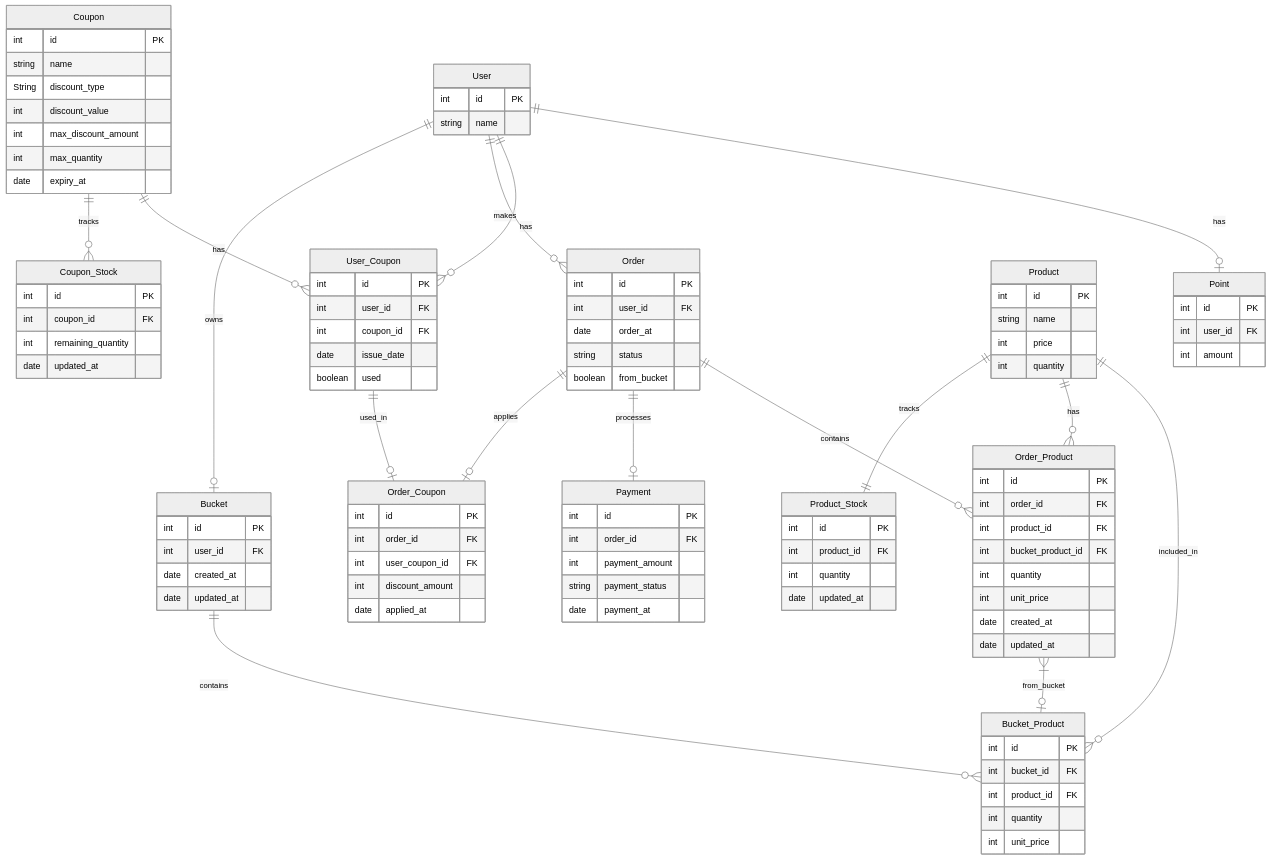
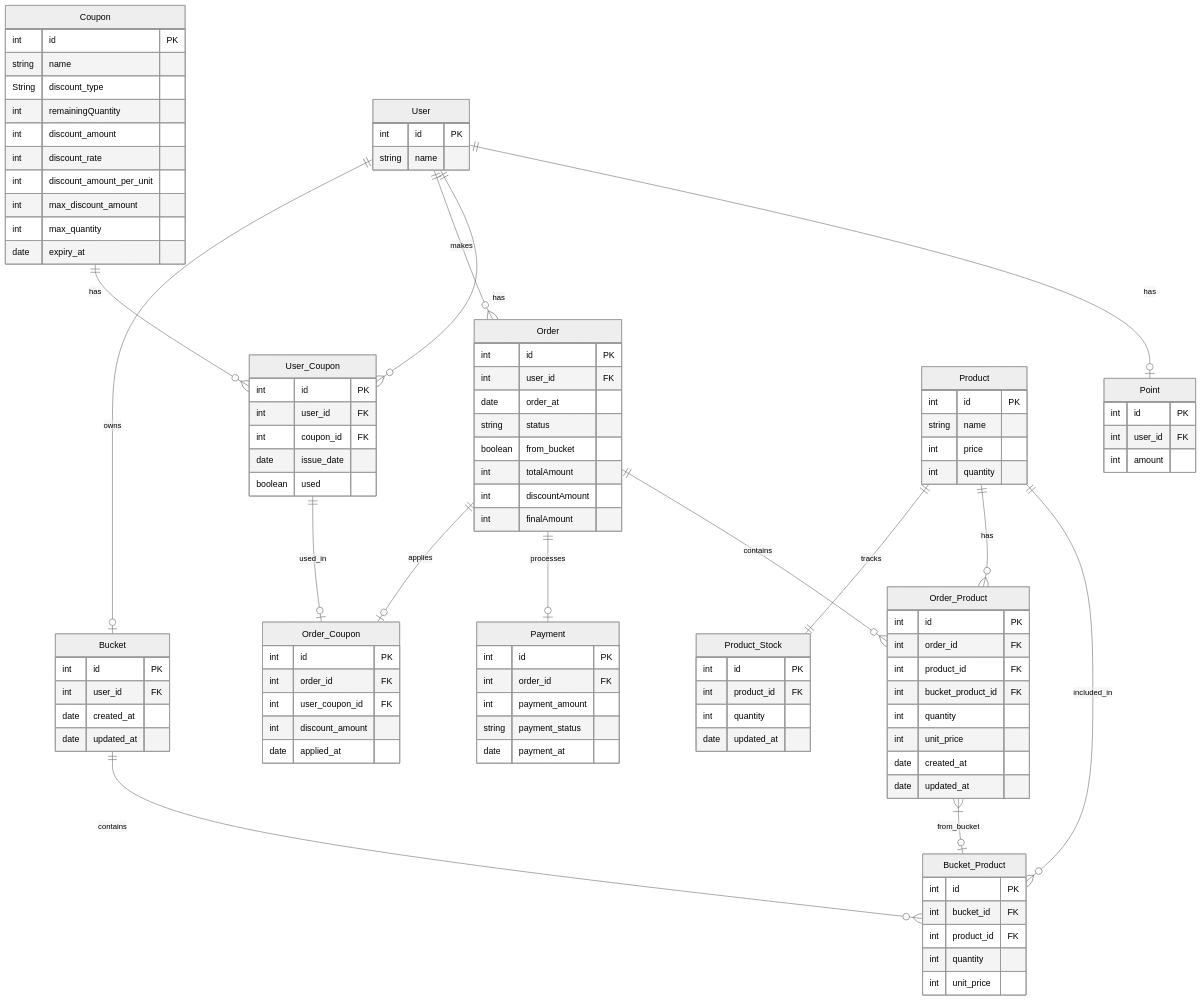
The diagram in docs/erd/ecommerce_erd.mmd (Scope0204/e-commerce), drawn with Mermaid (neutral theme) before and after one commit. The commit also changed 1 other file, not shown here.

Commit message:
docs: Coupon 관련 ERD, Sequence Chart 수정
- Coupon Type에 따른 컬럼 세분화. 재고 관리를 Coupon 테이블에서 실시.
- CouponStock 테이블 제거

```diff
--- a/docs/erd/ecommerce_erd.mmd
+++ b/docs/erd/ecommerce_erd.mmd
@@ -1,104 +1,103 @@
 erDiagram
     User ||--o| Point : has
     User ||--o{ User_Coupon : has
     User ||--o{ Order : makes
     User ||--o| Bucket : owns
     Bucket ||--o{ Bucket_Product : contains
     Coupon ||--o{ User_Coupon : has
-    Coupon ||--o{ Coupon_Stock : tracks
     Product ||--o{ Bucket_Product : included_in
     Product ||--o{ Order_Product : has
     Product ||--|| Product_Stock : tracks
     Order ||--o{ Order_Product : contains
     Order ||--|o Payment : processes
     Order_Product }|--o| Bucket_Product : from_bucket
     Order ||--o| Order_Coupon : applies
     User_Coupon ||--o| Order_Coupon : used_in
 
     User {
         int id PK
         string name
     }
     Point {
         int id PK
         int user_id FK
         int amount
     }
     User_Coupon {
         int id PK
         int user_id FK
         int coupon_id FK
         date issue_date
         boolean used
     }
     Coupon {
         int id PK
         string name
         String discount_type
-        int discount_value
+        int remainingQuantity
+        int discount_amount
+        int discount_rate
+        int discount_amount_per_unit
         int max_discount_amount
         int max_quantity
         date expiry_at
-    }
-    Coupon_Stock {
-        int id PK
-        int coupon_id FK
-        int remaining_quantity
-        date updated_at
     }
     Order {
         int id PK
         int user_id FK
         date order_at
         string status
         boolean from_bucket
+        int totalAmount
+        int discountAmount
+        int finalAmount
     }
     Order_Product {
         int id PK
         int order_id FK
         int product_id FK
         int bucket_product_id FK
         int quantity
         int unit_price
         date created_at
         date updated_at
     }
     Order_Coupon {
         int id PK
         int order_id FK
         int user_coupon_id FK
         int discount_amount
         date applied_at
     }
     Product {
         int id PK
         string name
         int price
         int quantity
     }
     Product_Stock {
         int id PK
         int product_id FK
         int quantity
         date updated_at
     }
     Payment {
         int id PK
         int order_id FK
         int payment_amount
         string payment_status
         date payment_at
     }
     Bucket {
         int id PK
         int user_id FK
         date created_at
         date updated_at
     }
     Bucket_Product {
         int id PK
         int bucket_id FK
         int product_id FK
         int quantity
         int unit_price
     }
```
